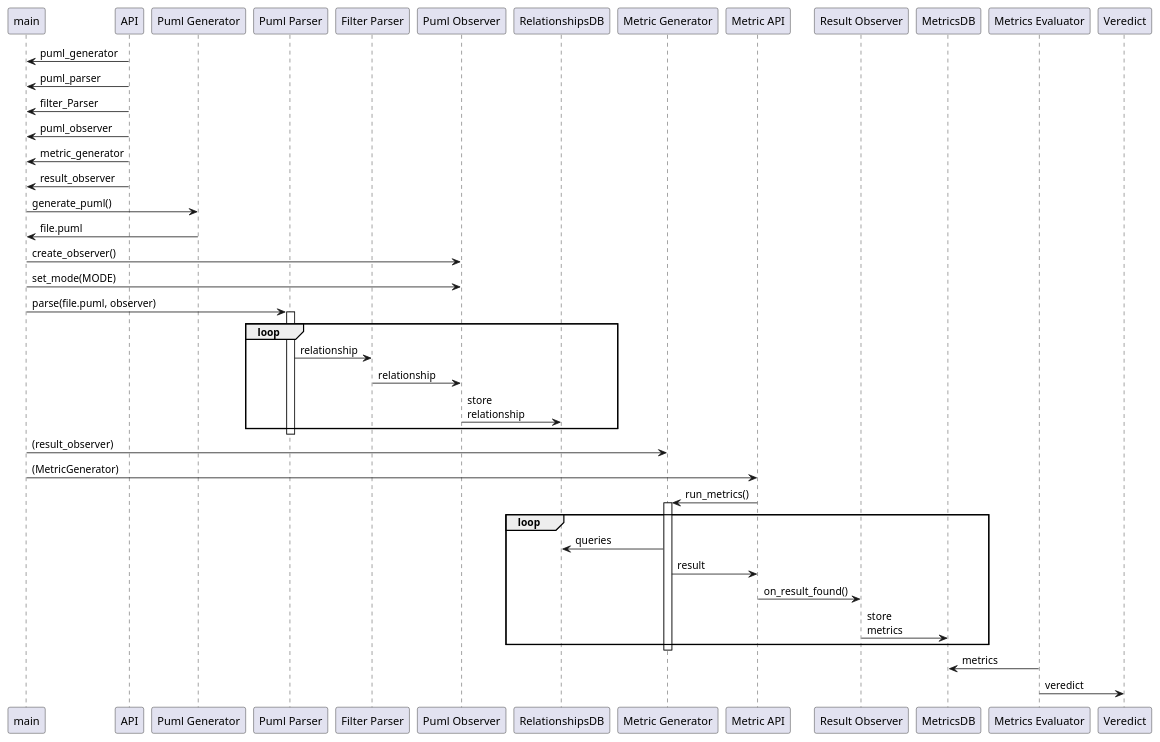
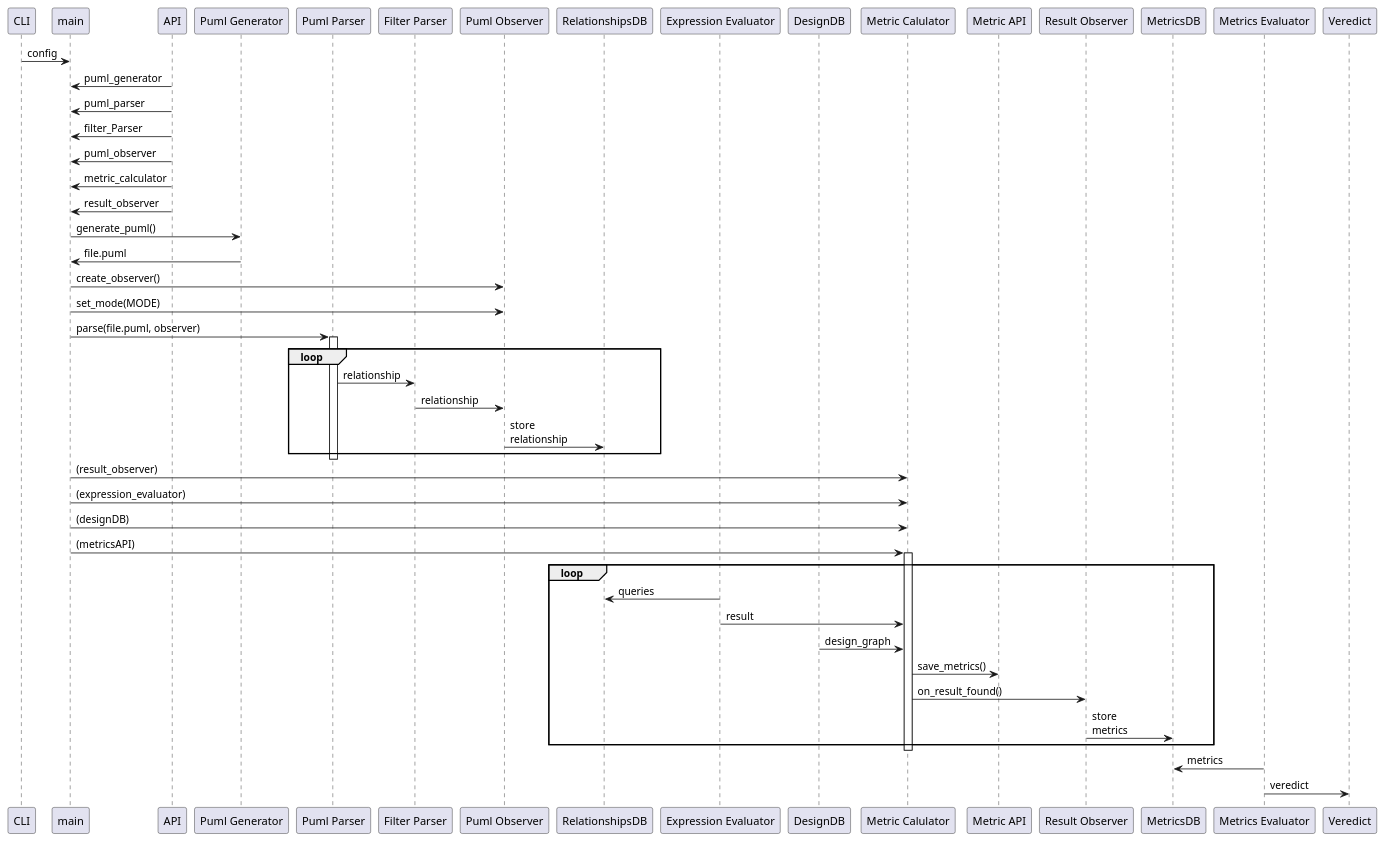
Before and after one commit to GonzaloGarciaZurlo/CodeDesignDeltaEvaluator: the diagram in Design/SequenceDiagranRelationship.plantuml, drawn with PlantUML. The commit also changed 7 other files, not shown here.

Commit message:
UML diagrams correction

```diff
--- a/Design/SequenceDiagranRelationship.plantuml
+++ b/Design/SequenceDiagranRelationship.plantuml
@@ -1,66 +1,74 @@
 @startuml
+participant CLI
 participant main
 participant "API" as API
 participant "Puml Generator" as PumlGenerator
 participant "Puml Parser" as PumlParser
 participant "Filter Parser" as FilterParser
 participant "Puml Observer" as PumlObserver
 participant "RelationshipsDB" as relationshipsDB
-participant "Metric Generator" as MetricGenerator
+participant "Expression Evaluator" as ExpressionEvaluator
+participant "DesignDB" as designDB
+participant "Metric Calulator" as MetricCalculator
 participant "Metric API" as MetricAPI
 participant "Result Observer" as ResultObserver
 participant "MetricsDB" as metricsDB
 participant "Metrics Evaluator" as MetricsEvaluator
 participant "Veredict" as Veredict
+
+CLI -> main: config
 
 API -> main: puml_generator
 
 API -> main: puml_parser
 
 API -> main: filter_Parser
 
 API -> main: puml_observer
 
-API -> main: metric_generator
+API -> main: metric_calculator
 
 API -> main: result_observer
 
 main -> PumlGenerator: generate_puml()
 
 PumlGenerator -> main: file.puml
 
 main -> PumlObserver: create_observer()
 
 main -> PumlObserver: set_mode(MODE)
 
 main -> PumlParser: parse(file.puml, observer)
 
 activate PumlParser
 
 loop
     PumlParser -> FilterParser: relationship
     FilterParser -> PumlObserver: relationship
     PumlObserver -> relationshipsDB: store\nrelationship
 end
 deactivate PumlParser
 
-main -> MetricGenerator:(result_observer) 
-main -> MetricAPI: (MetricGenerator)
-MetricAPI -> MetricGenerator: run_metrics()
+main -> MetricCalculator:(result_observer)
+main -> MetricCalculator:(expression_evaluator)
+main -> MetricCalculator:(designDB)
+main -> MetricCalculator:(metricsAPI) 
 
-activate MetricGenerator
+activate MetricCalculator
 
 loop
-    MetricGenerator -> relationshipsDB: queries
-    MetricGenerator -> MetricAPI: result
-    MetricAPI -> ResultObserver: on_result_found()
+    ExpressionEvaluator -> relationshipsDB: queries
+    ExpressionEvaluator -> MetricCalculator: result
+    designDB -> MetricCalculator: design_graph
+    MetricCalculator -> MetricAPI: save_metrics()
+    MetricCalculator -> ResultObserver: on_result_found()
     ResultObserver -> metricsDB: store\nmetrics
 end
-deactivate MetricGenerator
+deactivate MetricCalculator
 
 
 
 MetricsEvaluator -> metricsDB: metrics
 MetricsEvaluator -> Veredict: veredict
 
 @enduml
```
